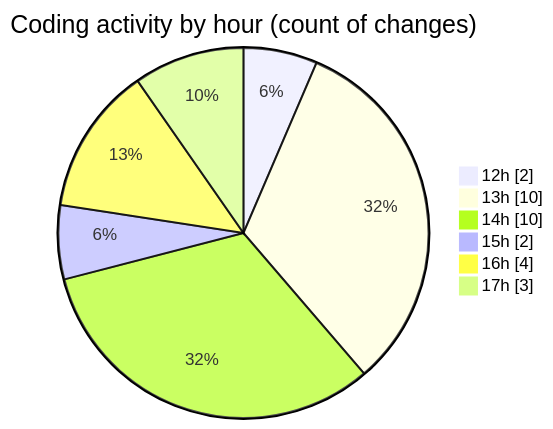
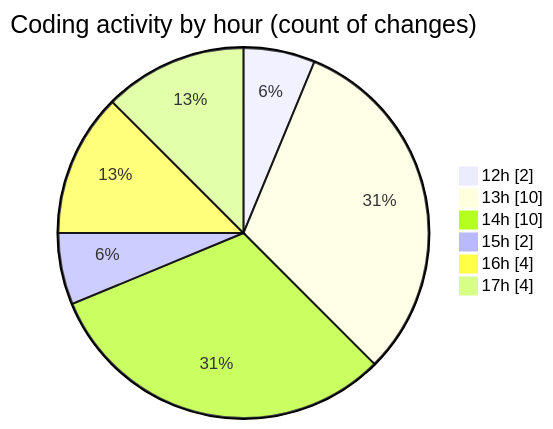
The second of 2 diagrams in 2026-07-12/untitled__workspace_/README.md (shibass792/code-tracking), drawn with Mermaid before and after one commit. The commit also changed other lines of this file and 1 other file, not shown here.

````diff
--- a/2026-07-12/untitled__workspace_/README.md
+++ b/2026-07-12/untitled__workspace_/README.md
@@ -36,10 +37,10 @@
 ```mermaid
 pie showData
 title Coding activity by hour (count of changes)
 "12h" : 2
 "13h" : 10
 "14h" : 10
 "15h" : 2
 "16h" : 4
-"17h" : 3
+"17h" : 4
 ```
````
